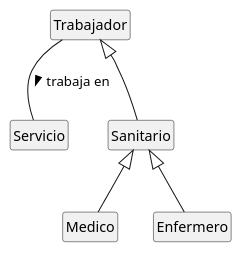
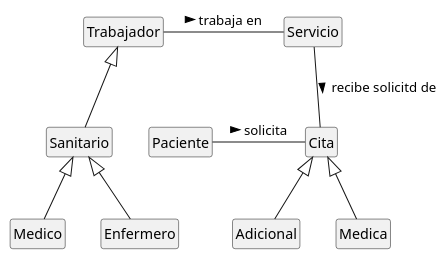
The diagram in p2-b2.puml (jjrp1/PDS), drawn with PlantUML before and after one commit.

```diff
--- a/p2-b2.puml
+++ b/p2-b2.puml
@@ -2,16 +2,23 @@
 @startuml
 hide empty fields 
 hide empty attributes 
 hide empty methods
 hide empty members
 hide circle
 
 class Servicio
 class Trabajador
 class Sanitario extends Trabajador
 class Medico    extends Sanitario
 class Enfermero extends Sanitario
+class Cita
+class Adicional extends Cita
+class Medica    extends Cita
+class Paciente
 
-Trabajador -- Servicio : trabaja en >
+Paciente -right- Cita: solicita >
+Servicio -down- Cita : recibe solicitd de > 
+Trabajador -right- Servicio : trabaja en >
+
 
 @enduml
```
